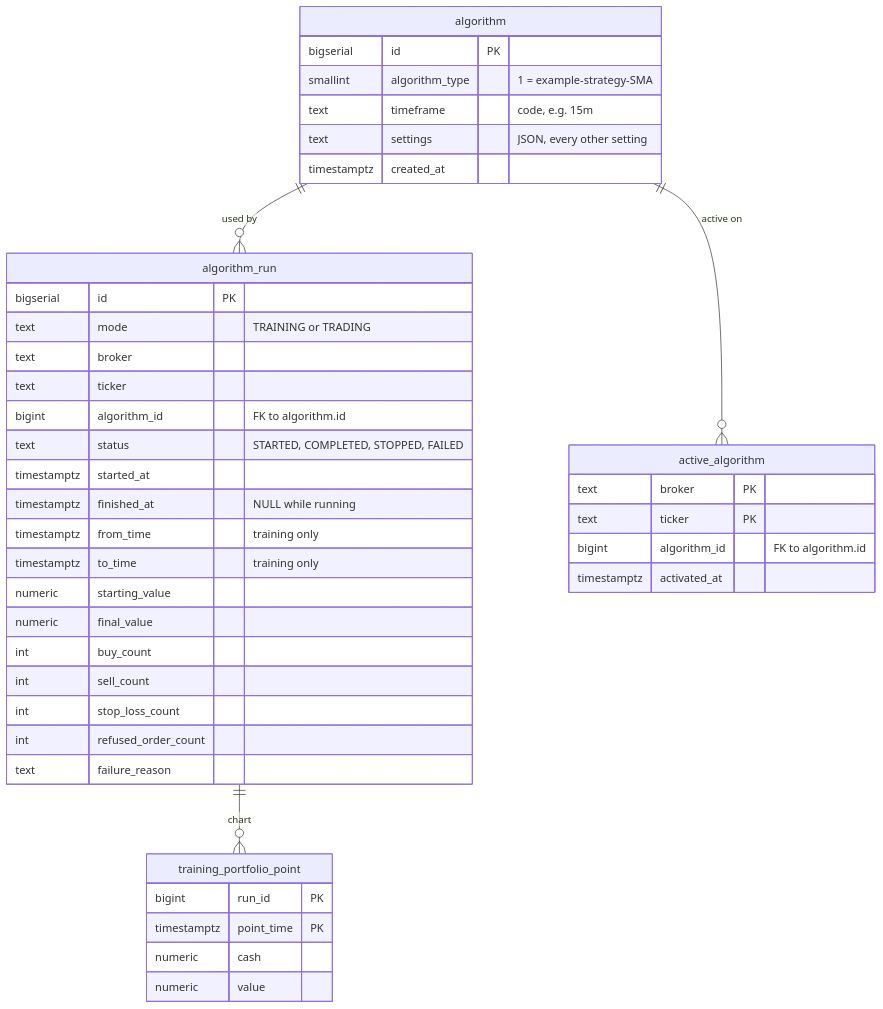
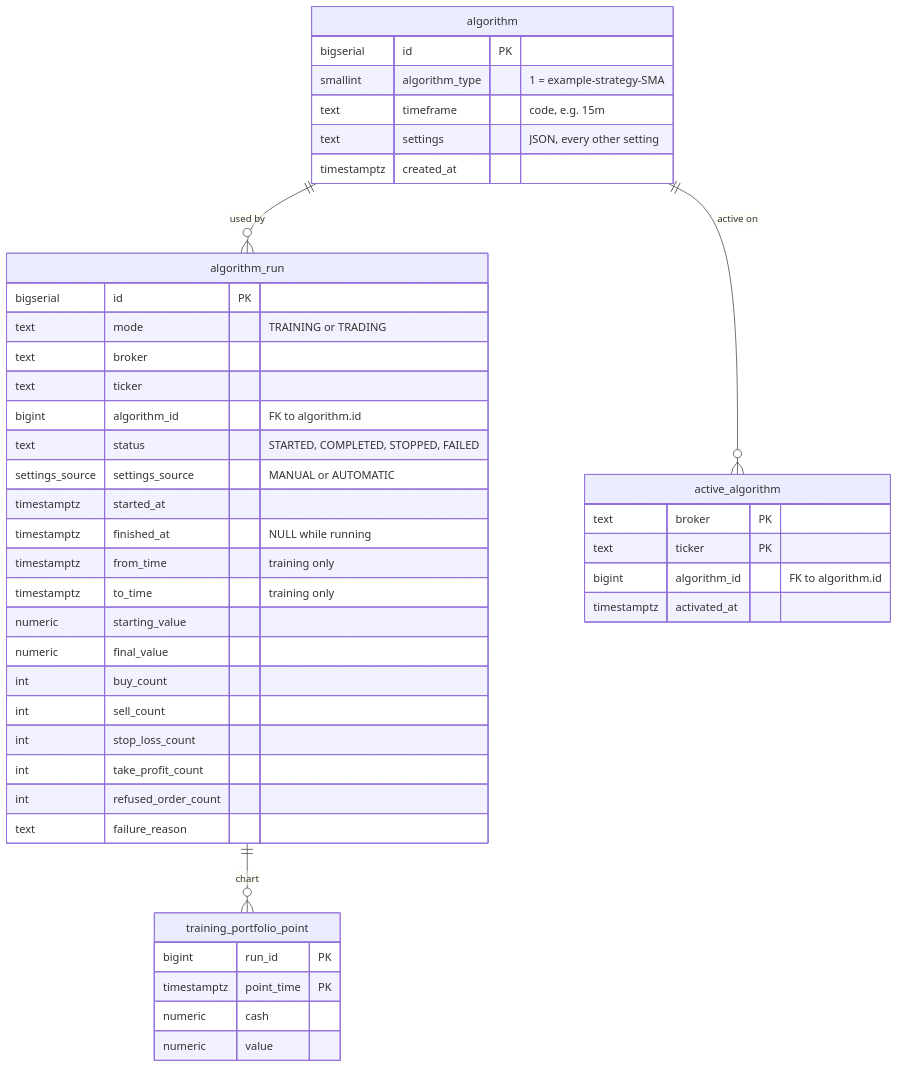
Before and after one commit to ShadowOfDiablo/t212-coding-task: diagram 27 of 31 in docs/ARCHITECTURE.md, drawn with Mermaid. The commit also changed other lines of this file and 71 other files, not shown here.

````diff
--- a/docs/ARCHITECTURE.md
+++ b/docs/ARCHITECTURE.md
@@ -1275,44 +1281,46 @@
 ```mermaid
 erDiagram
     algorithm {
         bigserial id PK
         smallint algorithm_type "1 = example-strategy-SMA"
         text timeframe "code, e.g. 15m"
         text settings "JSON, every other setting"
         timestamptz created_at
     }
     algorithm_run {
         bigserial id PK
         text mode "TRAINING or TRADING"
         text broker
         text ticker
         bigint algorithm_id "FK to algorithm.id"
         text status "STARTED, COMPLETED, STOPPED, FAILED"
+        settings_source settings_source "MANUAL or AUTOMATIC"
         timestamptz started_at
         timestamptz finished_at "NULL while running"
         timestamptz from_time "training only"
         timestamptz to_time "training only"
         numeric starting_value
         numeric final_value
         int buy_count
         int sell_count
         int stop_loss_count
+        int take_profit_count
         int refused_order_count
         text failure_reason
     }
     active_algorithm {
         text broker PK
         text ticker PK
         bigint algorithm_id "FK to algorithm.id"
         timestamptz activated_at
     }
     training_portfolio_point {
         bigint run_id PK
         timestamptz point_time PK
         numeric cash
         numeric value
     }
     algorithm ||--o{ algorithm_run : "used by"
     algorithm ||--o{ active_algorithm : "active on"
     algorithm_run ||--o{ training_portfolio_point : "chart"
 ```
````
